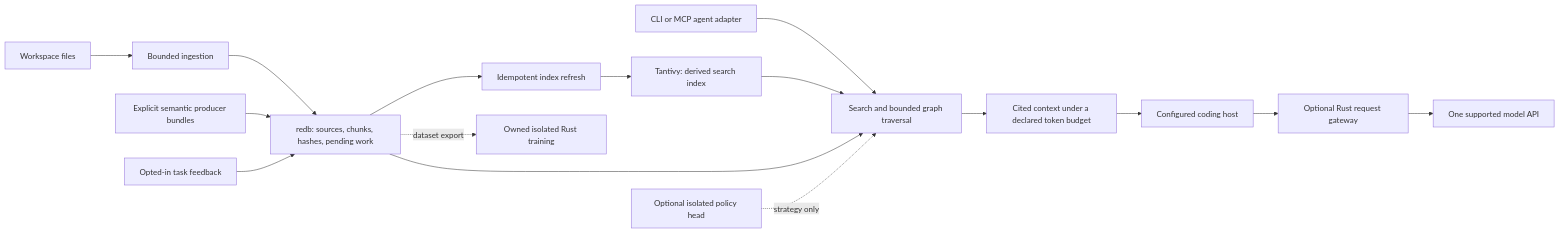
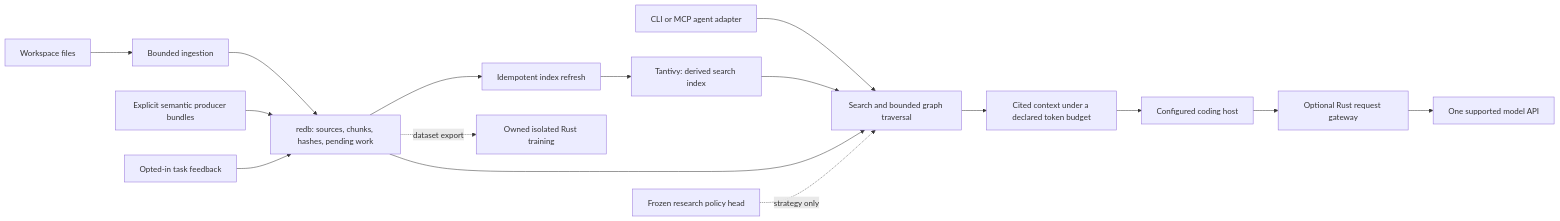
One commit to dwbimstr/context-foundry changed the third of 3 diagrams in docs/architecture.md. Above: the diagram before and after it, drawn with Mermaid. The commit also changed other lines of this file and 21 other files, not shown here.

Commit message:
Document the current Foundry architecture and desktop memory workflows [skip ci]

````diff
--- a/docs/architecture.md
+++ b/docs/architecture.md
@@ -278,18 +332,18 @@
 ```mermaid
 flowchart LR
     Files[Workspace files] --> Ingest[Bounded ingestion]
     Ingest --> DB[redb: sources, chunks, hashes, pending work]
     DB --> Indexer[Idempotent index refresh]
     Indexer --> Search[Tantivy: derived search index]
     Providers[Explicit semantic producer bundles] --> DB
     Agent[CLI or MCP agent adapter] --> Retrieval[Search and bounded graph traversal]
     Search --> Retrieval
     DB --> Retrieval
     Retrieval --> Pack[Cited context under a declared token budget]
-    Policy[Optional isolated policy head] -. strategy only .-> Retrieval
+    Policy[Frozen research policy head] -. strategy only .-> Retrieval
     Feedback[Opted-in task feedback] --> DB
     DB -. dataset export .-> Trainer[Owned isolated Rust training]
     Pack --> Host[Configured coding host]
     Host --> Gateway[Optional Rust request gateway]
     Gateway --> API[One supported model API]
 ```
````
